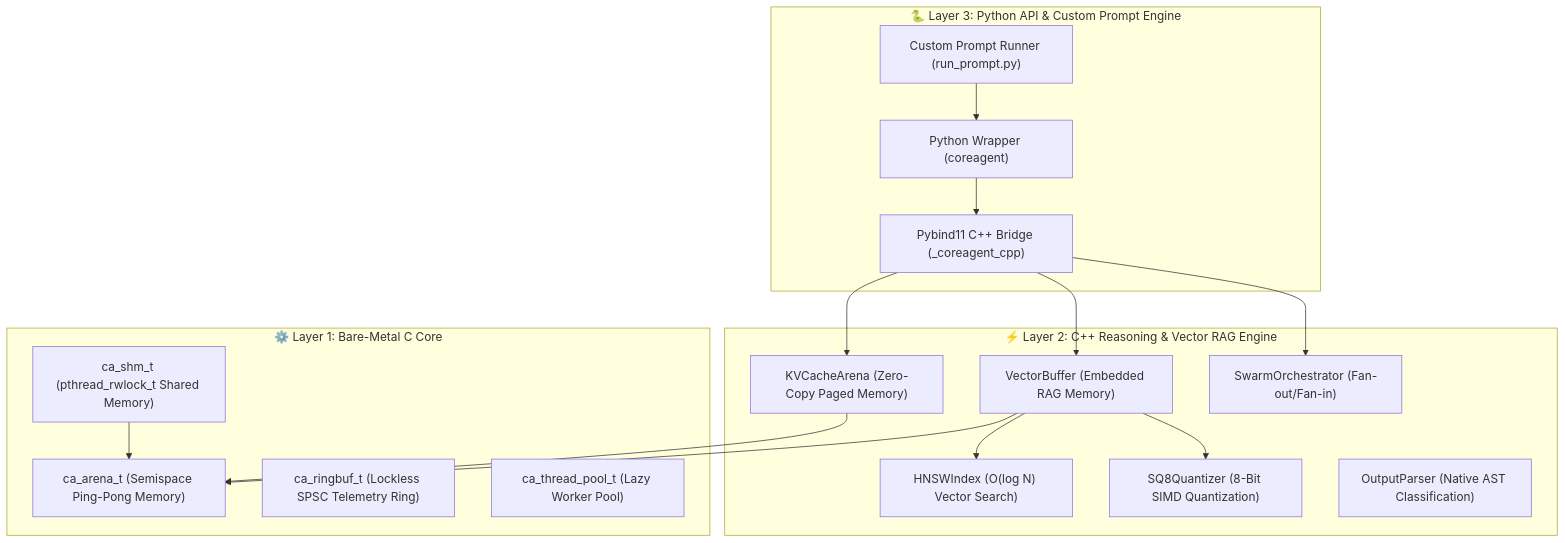
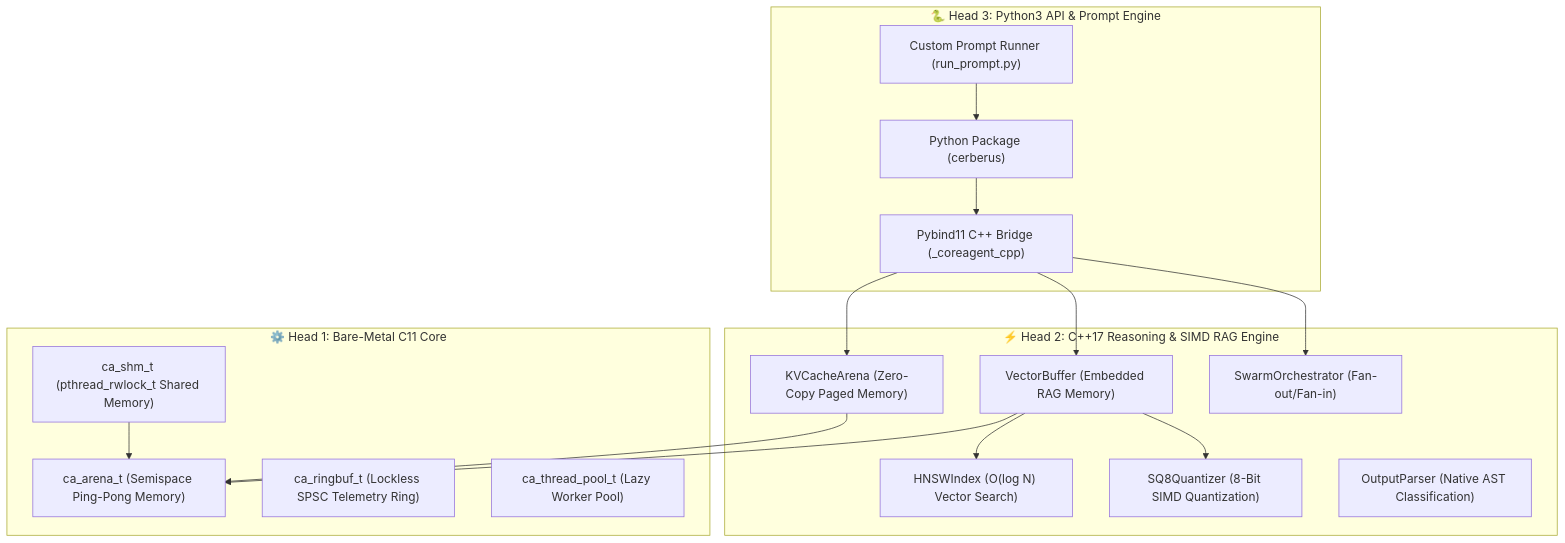
The first of 2 diagrams in README.md (ELARION12/Cerberus), drawn with Mermaid before and after one commit. The commit also changed other lines of this file and 17 other files, not shown here.

Commit message:
Rename project to Cerberus AI (3-Headed Architecture: C11 + C++17 + Python3)

````diff
--- a/README.md
+++ b/README.md
@@ -20,35 +22,35 @@
 ```mermaid
 graph TD
-    subgraph Layer3["🐍 Layer 3: Python API & Custom Prompt Engine"]
-        API["Python Wrapper (coreagent)"]
+    subgraph Head3["🐍 Head 3: Python3 API & Prompt Engine"]
+        API["Python Package (cerberus)"]
         Runner["Custom Prompt Runner (run_prompt.py)"]
         Pybind["Pybind11 C++ Bridge (_coreagent_cpp)"]
     end
 
-    subgraph Layer2["⚡ Layer 2: C++ Reasoning & Vector RAG Engine"]
+    subgraph Head2["⚡ Head 2: C++17 Reasoning & SIMD RAG Engine"]
         KVCache["KVCacheArena (Zero-Copy Paged Memory)"]
         HNSW["HNSWIndex (O(log N) Vector Search)"]
         SQ8["SQ8Quantizer (8-Bit SIMD Quantization)"]
         Vector["VectorBuffer (Embedded RAG Memory)"]
         Swarm["SwarmOrchestrator (Fan-out/Fan-in)"]
         Parser["OutputParser (Native AST Classification)"]
     end
 
-    subgraph Layer1["⚙️ Layer 1: Bare-Metal C Core"]
+    subgraph Head1["⚙️ Head 1: Bare-Metal C11 Core"]
         Arena["ca_arena_t (Semispace Ping-Pong Memory)"]
         SHM["ca_shm_t (pthread_rwlock_t Shared Memory)"]
         Ring["ca_ringbuf_t (Lockless SPSC Telemetry Ring)"]
         Pool["ca_thread_pool_t (Lazy Worker Pool)"]
     end
 
     Runner --> API
     API --> Pybind
     Pybind --> KVCache
     Pybind --> Vector
     Pybind --> Swarm
     Vector --> HNSW
     Vector --> SQ8
     KVCache --> Arena
     Vector --> Arena
     SHM --> Arena
 ```
````
